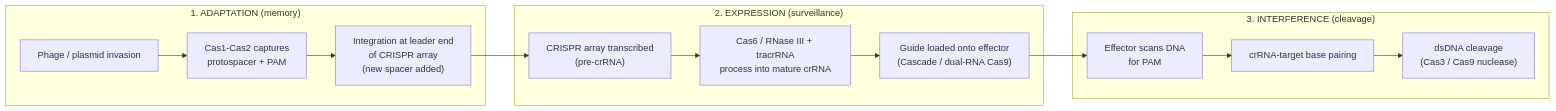
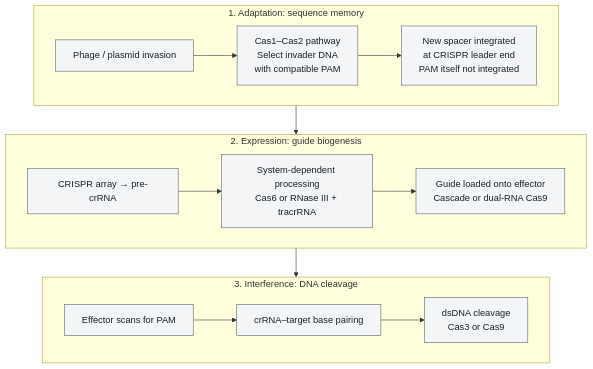
One commit to docxology/biology_textbook changed the eighth of 9 diagrams in docs/manuscript/unit_VII/bacteria_archaea_viruses.md. Above: the diagram before and after it, drawn with Mermaid. The commit also changed other lines of this file and 41 other files, not shown here.

````diff
--- a/docs/manuscript/unit_VII/bacteria_archaea_viruses.md
+++ b/docs/manuscript/unit_VII/bacteria_archaea_viruses.md
@@ -831,17 +846,24 @@
 ```mermaid
-flowchart LR
-    subgraph "1. ADAPTATION (memory)"
-        A1["Phage / plasmid invasion"] --> A2["Cas1-Cas2 captures\nprotospacer + PAM"]
-        A2 --> A3["Integration at leader end\nof CRISPR array\n(new spacer added)"]
+---
+config:
+  layout: dagre
+---
+flowchart TB
+    subgraph ADAPT["1. Adaptation: sequence memory"]
+        direction LR
+        A1["Phage / plasmid invasion"] --> A2["Cas1–Cas2 pathway<br/>Select invader DNA<br/>with compatible PAM"]
+        A2 --> A3["New spacer integrated<br/>at CRISPR leader end<br/>PAM itself not integrated"]
     end
-    subgraph "2. EXPRESSION (surveillance)"
-        E1["CRISPR array transcribed\n(pre-crRNA)"] --> E2["Cas6 / RNase III + tracrRNA\nprocess into mature crRNA"]
-        E2 --> E3["Guide loaded onto effector\n(Cascade / dual-RNA Cas9)"]
+    subgraph EXPR["2. Expression: guide biogenesis"]
+        direction LR
+        E1["CRISPR array → pre-crRNA"] --> E2["System-dependent processing<br/>Cas6 or RNase III + tracrRNA"]
+        E2 --> E3["Guide loaded onto effector<br/>Cascade or dual-RNA Cas9"]
     end
-    subgraph "3. INTERFERENCE (cleavage)"
-        I1["Effector scans DNA\nfor PAM"] --> I2["crRNA-target base pairing"]
-        I2 --> I3["dsDNA cleavage\n(Cas3 / Cas9 nuclease)"]
+    subgraph INTERF["3. Interference: DNA cleavage"]
+        direction LR
+        I1["Effector scans for PAM"] --> I2["crRNA–target base pairing"]
+        I2 --> I3["dsDNA cleavage<br/>Cas3 or Cas9"]
     end
-    A3 --> E1
-    E3 --> I1
+    ADAPT --> EXPR --> INTERF
+    classDef default fill:#f4f5f6,stroke:#59636e,color:#17212b
 ```
````
